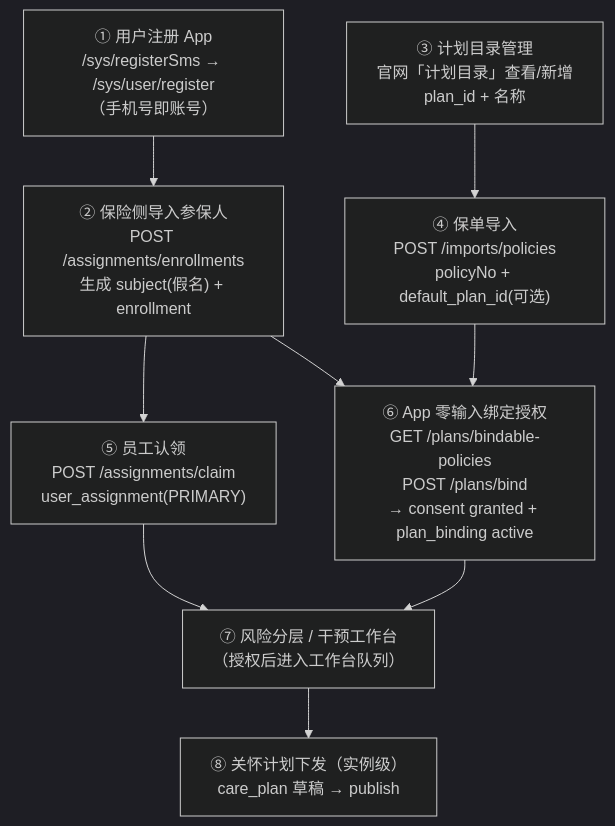
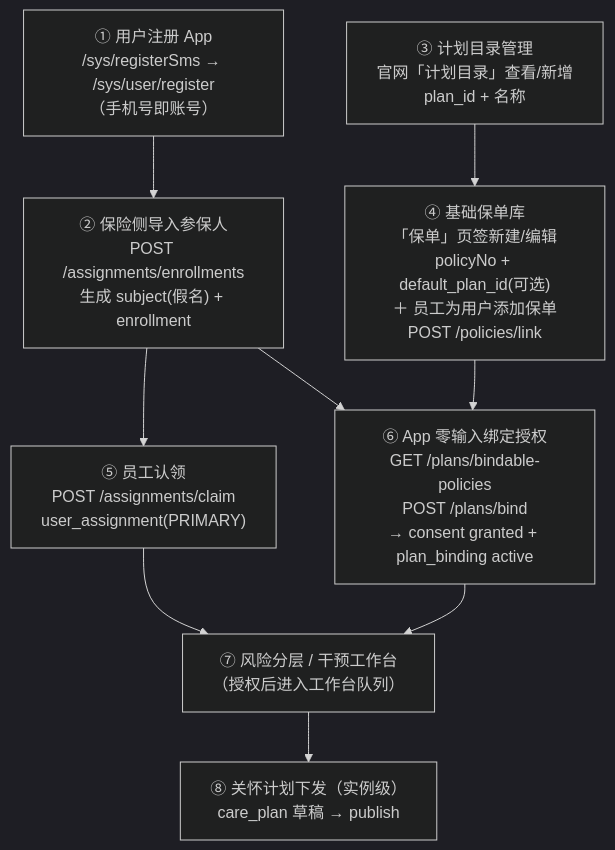
Before and after one commit to wjmlong/rehealth_tongbu: the second of 8 diagrams in docs/保险侧计划与保单设计及全流程闭环.md, drawn with Mermaid (dark theme). The commit also changed other lines of this file and 19 other files, not shown here.

````diff
--- a/docs/保险侧计划与保单设计及全流程闭环.md
+++ b/docs/保险侧计划与保单设计及全流程闭环.md
@@ -52,11 +52,11 @@
 ```mermaid
 flowchart TD
     A["① 用户注册 App<br>/sys/registerSms → /sys/user/register<br>（手机号即账号）"] --> B["② 保险侧导入参保人<br>POST /assignments/enrollments<br>生成 subject(假名) + enrollment"]
-    C["③ 计划目录管理<br>官网「计划目录」查看/新增<br>plan_id + 名称"] --> D["④ 保单导入<br>POST /imports/policies<br>policyNo + default_plan_id(可选)"]
+    C["③ 计划目录管理<br>官网「计划目录」查看/新增<br>plan_id + 名称"] --> D["④ 基础保单库<br>「保单」页签新建/编辑<br>policyNo + default_plan_id(可选)<br>＋ 员工为用户添加保单<br>POST /policies/link"]
     B --> E["⑤ 员工认领<br>POST /assignments/claim<br>user_assignment(PRIMARY)"]
     D --> F["⑥ App 零输入绑定授权<br>GET /plans/bindable-policies<br>POST /plans/bind<br>→ consent granted + plan_binding active"]
     B --> F
     E --> G["⑦ 风险分层 / 干预工作台<br>（授权后进入工作台队列）"]
     F --> G
     G --> H["⑧ 关怀计划下发（实例级）<br>care_plan 草稿 → publish"]
 ```
````
